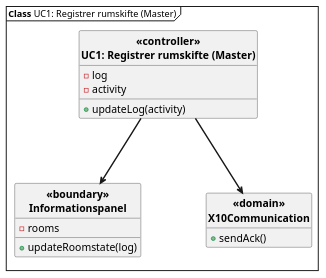
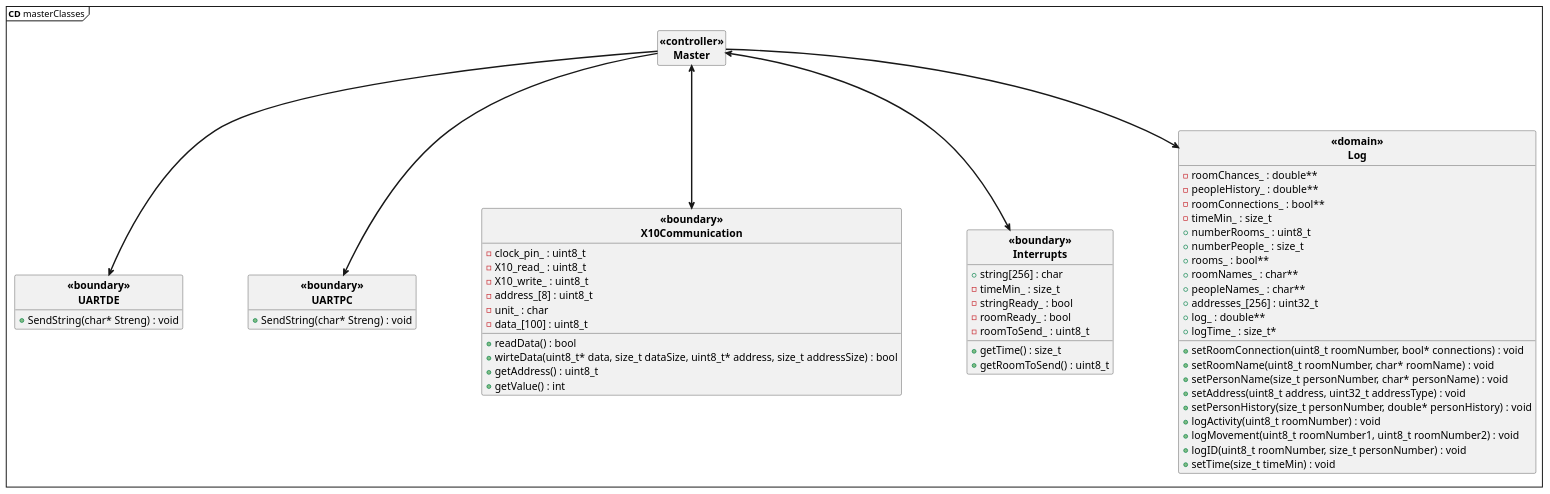
One commit to Tukkel/Projekt_2 changed the diagram in Updated SysML/Software Arkitektur-Design/Master/Master classes.puml. Above: the diagram before and after it, drawn with PlantUML. The commit also changed 7 other files, not shown here.

```diff
--- a/Updated SysML/Software Arkitektur-Design/Master/Master classes.puml
+++ b/Updated SysML/Software Arkitektur-Design/Master/Master classes.puml
@@ -1,35 +1,82 @@
-@startuml UC1 class Master
+@startuml Master classes
 ' Default param deffinition
 skinparam style strictuml
 skinparam DefaultFontSize 16
 skinparam DefaultFontName times new roman
 skinparam ArrowFontSize 16
 skinparam ArrowThickness 2.2
 skinparam Linetype poly
 skinparam ranksep 100
 skinparam nodesep 100
 hide empty members
 
 
-mainframe **Class** UC1: Registrer rumskifte (Master)
+mainframe **CD** masterClasses
 
 ' Class definition
-Class "**<<boundary>>**\n**Informationspanel**" as IP{
-+ updateRoomstate(log)
-- rooms
+Class "**<<controller>>**\n**Master**" as m{
 }
 
-Class "**<<controller>>**\n**UC1: Registrer rumskifte (Master)**" as RR{
-+ updateLog(activity)
-- log
-- activity
+Class "**<<boundary>>**\n**UARTDE**" as ip{
++ SendString(char* Streng) : void
 }
 
-Class "**<<domain>>**\n**X10Communication**" as X10{
-+ sendAck()
+Class "**<<boundary>>**\n**UARTPC**" as pc{
++ SendString(char* Streng) : void
+}
+
+Class "**<<boundary>>**\n**X10Communication**" as X10{
++ readData() : bool
++ wirteData(uint8_t* data, size_t dataSize, uint8_t* address, size_t addressSize) : bool
++ getAddress() : uint8_t
++ getValue() : int
+- clock_pin_ : uint8_t
+- X10_read_ : uint8_t
+- X10_write_ : uint8_t
+- address_[8] : uint8_t
+- unit_ : char
+- data_[100] : uint8_t
+}
+
+Class "**<<boundary>>**\n**Interrupts**" as in{
++ getTime() : size_t
++ getRoomToSend() : uint8_t
++ string[256] : char
+- timeMin_ : size_t
+- stringReady_ : bool
+- roomReady_ : bool
+- roomToSend_ : uint8_t
+}
+
+Class "**<<domain>>**\n**Log**" as log{
++ setRoomConnection(uint8_t roomNumber, bool* connections) : void
++ setRoomName(uint8_t roomNumber, char* roomName) : void
++ setPersonName(size_t personNumber, char* personName) : void
++ setAddress(uint8_t address, uint32_t addressType) : void
++ setPersonHistory(size_t personNumber, double* personHistory) : void
++ logActivity(uint8_t roomNumber) : void
++ logMovement(uint8_t roomNumber1, uint8_t roomNumber2) : void
++ logID(uint8_t roomNumber, size_t personNumber) : void
++ setTime(size_t timeMin) : void
+
+- roomChances_ : double**
+- peopleHistory_ : double**
+- roomConnections_ : bool**
+- timeMin_ : size_t
++ numberRooms_ : uint8_t
++ numberPeople_ : size_t
++ rooms_ : bool**
++ roomNames_ : char**
++ peopleNames_ : char**
++ addresses_[256] : uint32_t
++ log_ : double**
++ logTime_ : size_t*
 }
 
 ' Conection definition
-RR --> X10
-RR --> IP
+m <--> X10
+m --> pc
+m --> ip
+m --> log
+m <--> in
 @enduml
```
